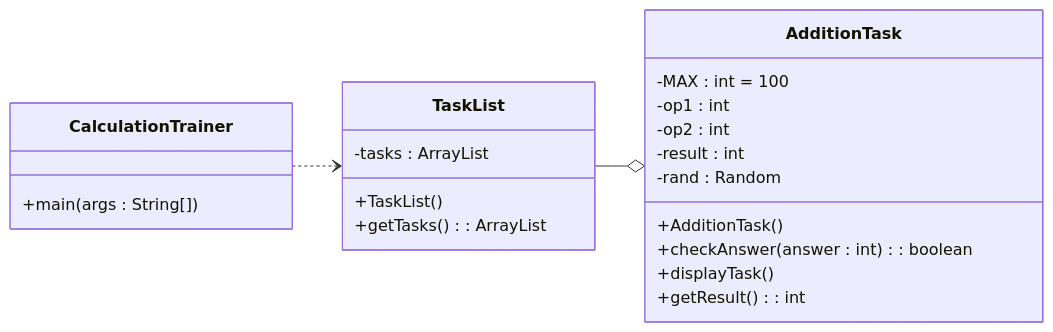
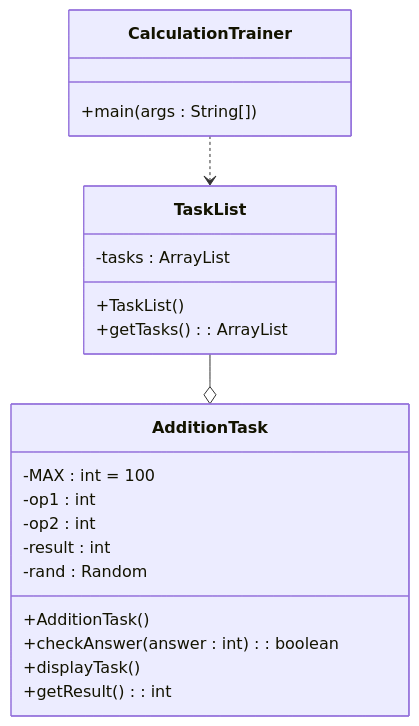
One commit to lbatschelet/Obsidian_Studium changed the diagram in Studium/Informatik/Programmierung 1/Vorlesungsnotizen/Vorlesung 05.md. Above: the diagram before and after it, drawn with Mermaid. The commit also changed other lines of this file and 91 other files, not shown here.

````diff
--- a/Studium/Informatik/Programmierung 1/Vorlesungsnotizen/Vorlesung 05.md
+++ b/Studium/Informatik/Programmierung 1/Vorlesungsnotizen/Vorlesung 05.md
@@ -87,26 +180,26 @@
 ```mermaid
 classDiagram
-	direction LR
+	direction TD
     class CalculationTrainer {
         +main(args : String[])
     }
     class TaskList {
         -tasks : ArrayList<AdditionTask>
         +TaskList()
         +getTasks() : ArrayList<AdditionTask>
     }
     class AdditionTask {
         -MAX : int = 100
         -op1 : int
         -op2 : int
         -result : int
         -rand : Random
         +AdditionTask()
         +checkAnswer(answer : int) : boolean
         +displayTask()
         +getResult() : int
     }
 
     CalculationTrainer ..> TaskList
     TaskList --o AdditionTask
 ```
````
